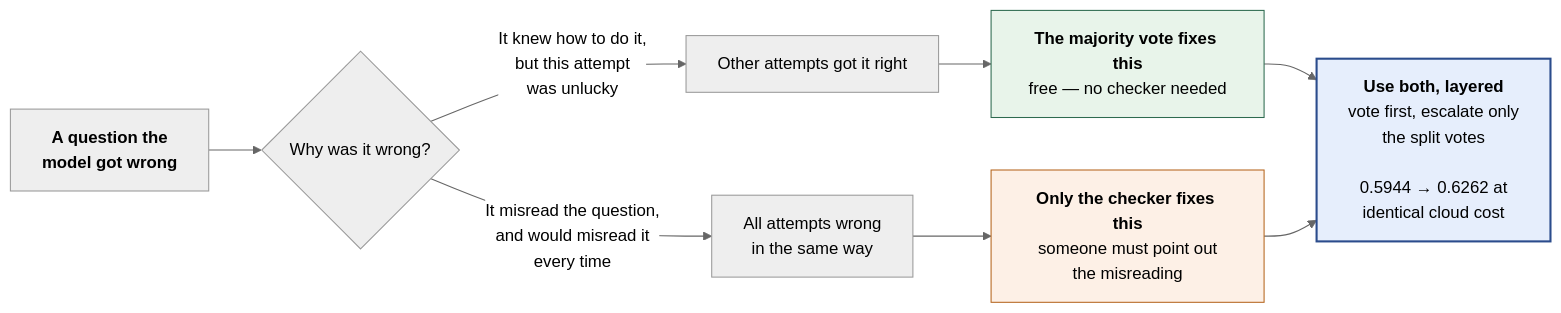
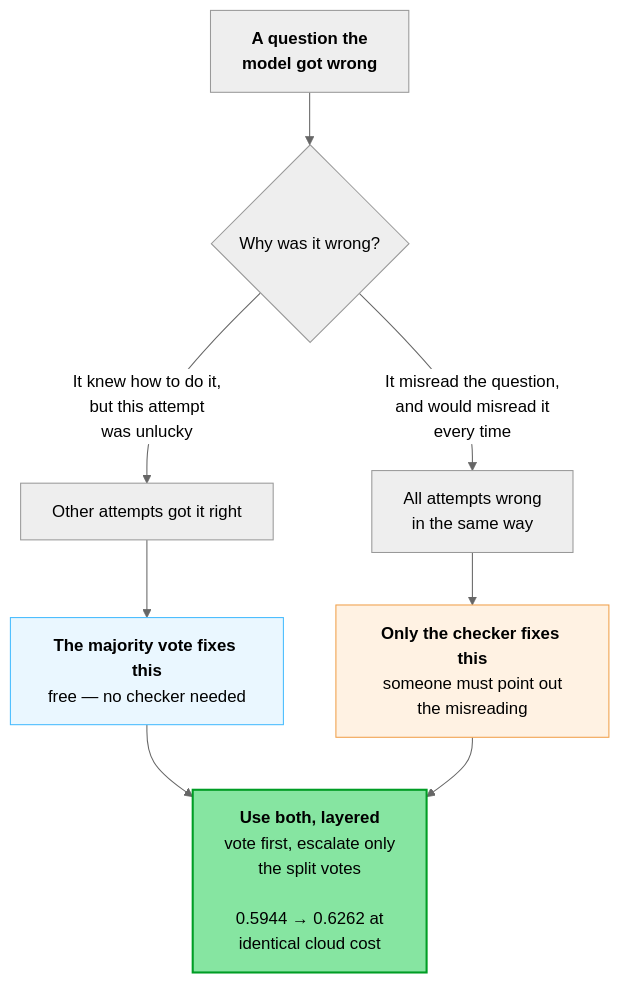
One commit to SaminYeaserKhan/gemma4-finetune changed the third of 6 diagrams in docs/diagrams-technical/DIAGRAMS_TECHNICAL.md. Above: the diagram before and after it, drawn with Mermaid (neutral theme). The commit also changed other lines of this file and 143 other files, not shown here.

````diff
--- a/docs/diagrams-technical/DIAGRAMS_TECHNICAL.md
+++ b/docs/diagrams-technical/DIAGRAMS_TECHNICAL.md
@@ -132,17 +132,17 @@
 ```mermaid
-flowchart LR
+flowchart TB
     W["<b>A question the<br/>model got wrong</b>"] --> T{"Why was it wrong?"}
 
     T -->|"It knew how to do it,<br/>but this attempt<br/>was unlucky"| A["Other attempts got it right"]
     T -->|"It misread the question,<br/>and would misread it<br/>every time"| B["All attempts wrong<br/>in the same way"]
 
     A --> AV["<b>The majority vote fixes this</b><br/>free — no checker needed"]
     B --> BV["<b>Only the checker fixes this</b><br/>someone must point out<br/>the misreading"]
 
     AV --> R["<b>Use both, layered</b><br/>vote first, escalate only<br/>the split votes<br/><br/>0.5944 → 0.6262 at<br/>identical cloud cost"]
     BV --> R
 
-    style AV fill:#e8f4ea,stroke:#2d6a4f
-    style BV fill:#fdf0e6,stroke:#b5651d
-    style R fill:#e6eefc,stroke:#2b4c8c,stroke-width:2px
+    style AV fill:#eaf7ff,stroke:#46bbfe
+    style BV fill:#fff2e3,stroke:#f0a04b
+    style R fill:#86e5a1,stroke:#009d25,stroke-width:2px
 ```
````
